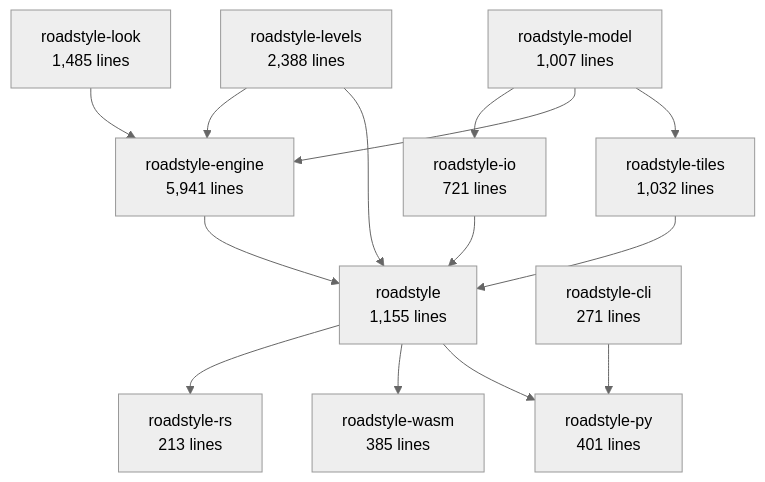
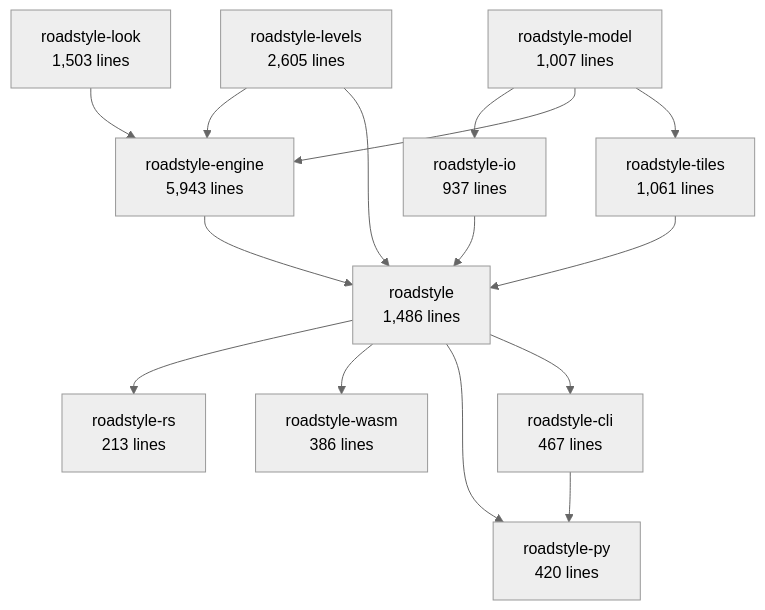
The second of 6 diagrams in docs/rust/architecture.md (Khoshkhah/roadstyle), drawn with Mermaid (neutral theme) before and after one commit. The commit also changed other lines of this file and 11 other files, not shown here.

````diff
--- a/docs/rust/architecture.md
+++ b/docs/rust/architecture.md
@@ -69,27 +69,28 @@
 ```mermaid
 flowchart TB
     roadstyle_model["roadstyle-model<br/>1,007 lines"]
-    roadstyle_look["roadstyle-look<br/>1,485 lines"]
-    roadstyle_io["roadstyle-io<br/>721 lines"]
-    roadstyle_levels["roadstyle-levels<br/>2,388 lines"]
-    roadstyle_engine["roadstyle-engine<br/>5,941 lines"]
-    roadstyle_tiles["roadstyle-tiles<br/>1,032 lines"]
-    roadstyle["roadstyle<br/>1,155 lines"]
+    roadstyle_look["roadstyle-look<br/>1,503 lines"]
+    roadstyle_io["roadstyle-io<br/>937 lines"]
+    roadstyle_levels["roadstyle-levels<br/>2,605 lines"]
+    roadstyle_engine["roadstyle-engine<br/>5,943 lines"]
+    roadstyle_tiles["roadstyle-tiles<br/>1,061 lines"]
+    roadstyle["roadstyle<br/>1,486 lines"]
     roadstyle_rs["roadstyle-rs<br/>213 lines"]
-    roadstyle_wasm["roadstyle-wasm<br/>385 lines"]
-    roadstyle_py["roadstyle-py<br/>401 lines"]
-    roadstyle_cli["roadstyle-cli<br/>271 lines"]
+    roadstyle_wasm["roadstyle-wasm<br/>386 lines"]
+    roadstyle_py["roadstyle-py<br/>420 lines"]
+    roadstyle_cli["roadstyle-cli<br/>467 lines"]
     roadstyle_model --> roadstyle_io
     roadstyle_levels --> roadstyle_engine
     roadstyle_look --> roadstyle_engine
     roadstyle_model --> roadstyle_engine
     roadstyle_model --> roadstyle_tiles
     roadstyle_engine --> roadstyle
     roadstyle_io --> roadstyle
     roadstyle_levels --> roadstyle
     roadstyle_tiles --> roadstyle
     roadstyle --> roadstyle_rs
     roadstyle --> roadstyle_wasm
     roadstyle --> roadstyle_py
     roadstyle_cli --> roadstyle_py
+    roadstyle --> roadstyle_cli
 ```
````
